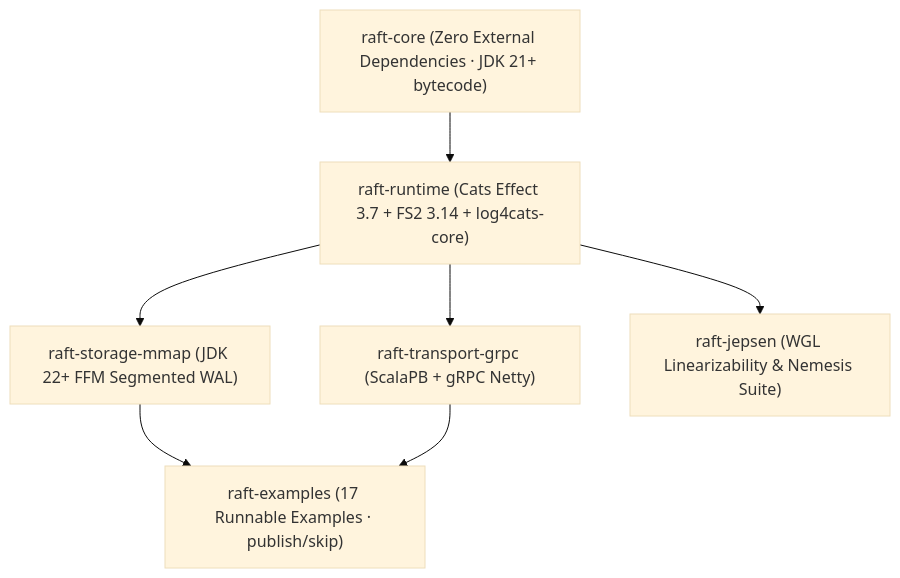
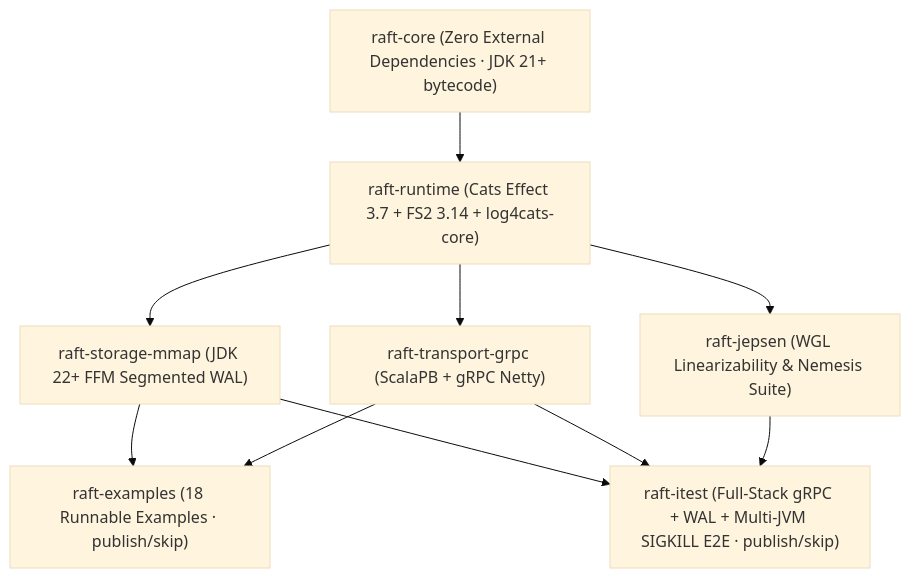
One commit to bmscomp/raft changed the diagram in README.md. Above: the diagram before and after it, drawn with Mermaid (base theme). The commit also changed other lines of this file and 4 other files, not shown here.

````diff
--- a/README.md
+++ b/README.md
@@ -33,16 +33,20 @@
 ```mermaid
 flowchart TD
     core["raft-core (Zero External Dependencies · JDK 21+ bytecode)"]
     runtime["raft-runtime (Cats Effect 3.7 + FS2 3.14 + log4cats-core)"]
     mmap["raft-storage-mmap (JDK 22+ FFM Segmented WAL)"]
     grpc["raft-transport-grpc (ScalaPB + gRPC Netty)"]
     jepsen["raft-jepsen (WGL Linearizability & Nemesis Suite)"]
-    examples["raft-examples (17 Runnable Examples · publish/skip)"]
+    examples["raft-examples (18 Runnable Examples · publish/skip)"]
+    itest["raft-itest (Full-Stack gRPC + WAL + Multi-JVM SIGKILL E2E · publish/skip)"]
 
     core --> runtime
     runtime --> mmap
     runtime --> grpc
     runtime --> jepsen
     mmap --> examples
     grpc --> examples
+    mmap --> itest
+    grpc --> itest
+    jepsen --> itest
 ```
````
